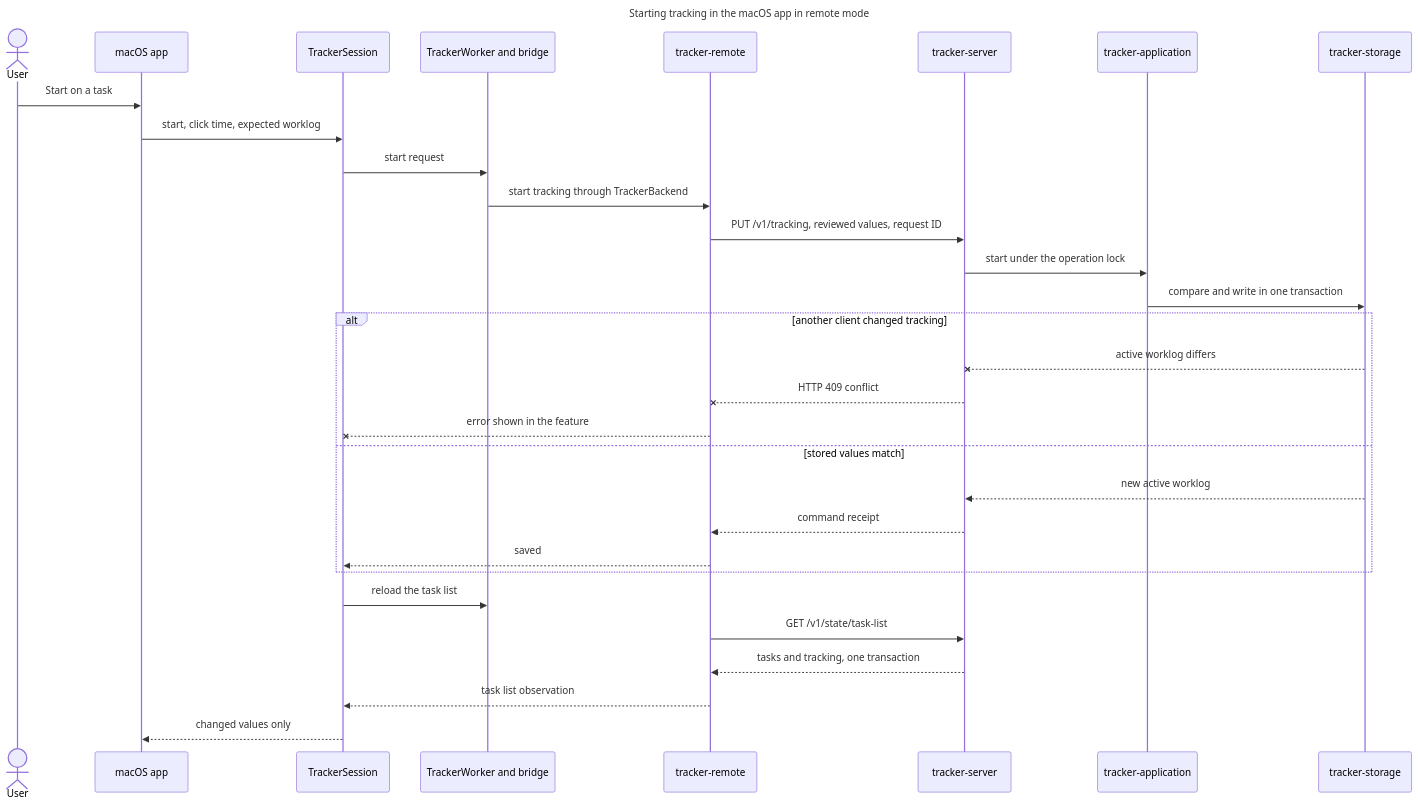
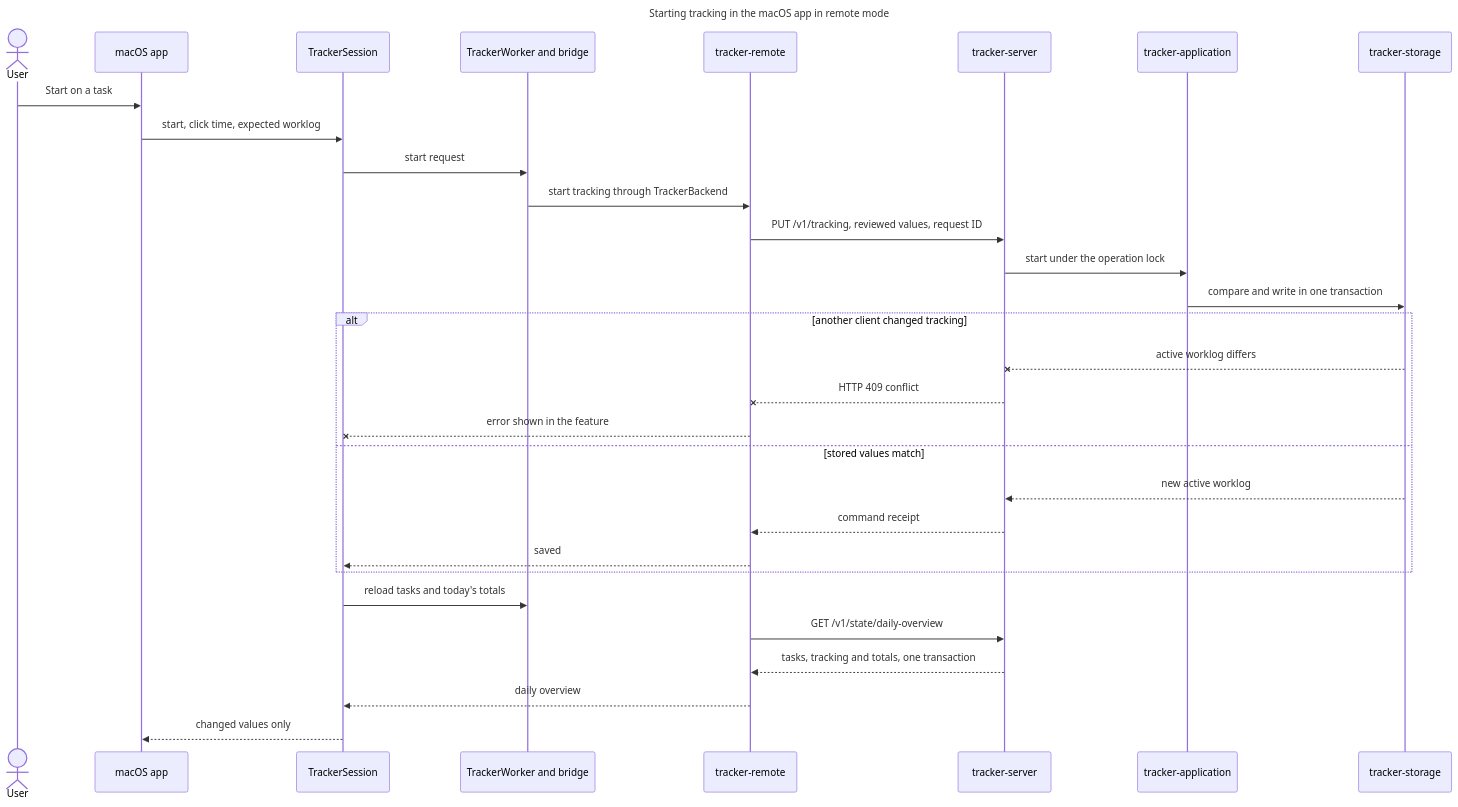
The fifth of 6 diagrams in docs/architecture/architecture.md (remshams/time-tracker), drawn with Mermaid before and after one commit. The commit also changed other lines of this file and 1 other file, not shown here.

Commit message:
docs(Architecture): show the daily overview reload in the macOS start flow

````diff
--- a/docs/architecture/architecture.md
+++ b/docs/architecture/architecture.md
@@ -224,35 +224,35 @@
 ```mermaid
 ---
 title: Starting tracking in the macOS app in remote mode
 ---
 sequenceDiagram
     actor User
     participant App as macOS app
     participant Session as TrackerSession
     participant Worker as TrackerWorker and bridge
     participant Remote as tracker-remote
     participant Server as tracker-server
     participant Application as tracker-application
     participant Storage as tracker-storage
     User->>App: Start on a task
     App->>Session: start, click time, expected worklog
     Session->>Worker: start request
     Worker->>Remote: start tracking through TrackerBackend
     Remote->>Server: PUT /v1/tracking, reviewed values, request ID
     Server->>Application: start under the operation lock
     Application->>Storage: compare and write in one transaction
     alt another client changed tracking
         Storage--xServer: active worklog differs
         Server--xRemote: HTTP 409 conflict
         Remote--xSession: error shown in the feature
     else stored values match
         Storage-->>Server: new active worklog
         Server-->>Remote: command receipt
         Remote-->>Session: saved
     end
-    Session->>Worker: reload the task list
-    Remote->>Server: GET /v1/state/task-list
-    Server-->>Remote: tasks and tracking, one transaction
-    Remote-->>Session: task list observation
+    Session->>Worker: reload tasks and today's totals
+    Remote->>Server: GET /v1/state/daily-overview
+    Server-->>Remote: tasks, tracking and totals, one transaction
+    Remote-->>Session: daily overview
     Session-->>App: changed values only
 ```
````
